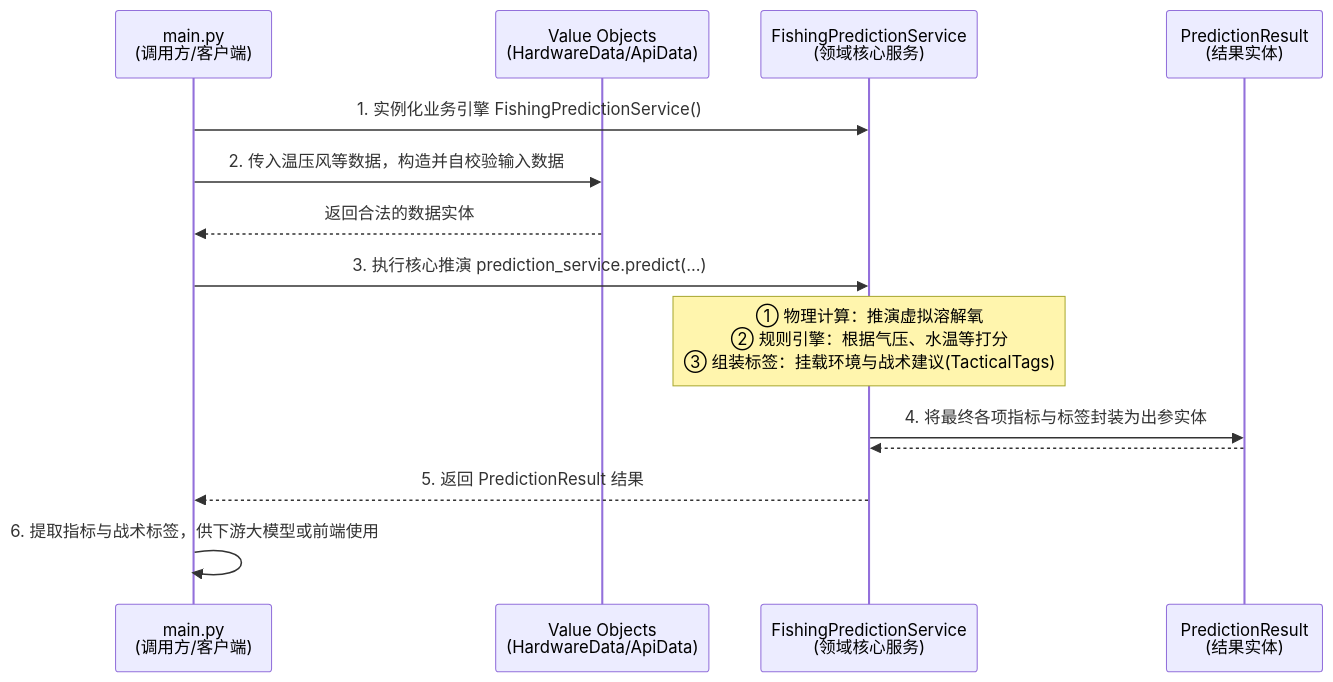
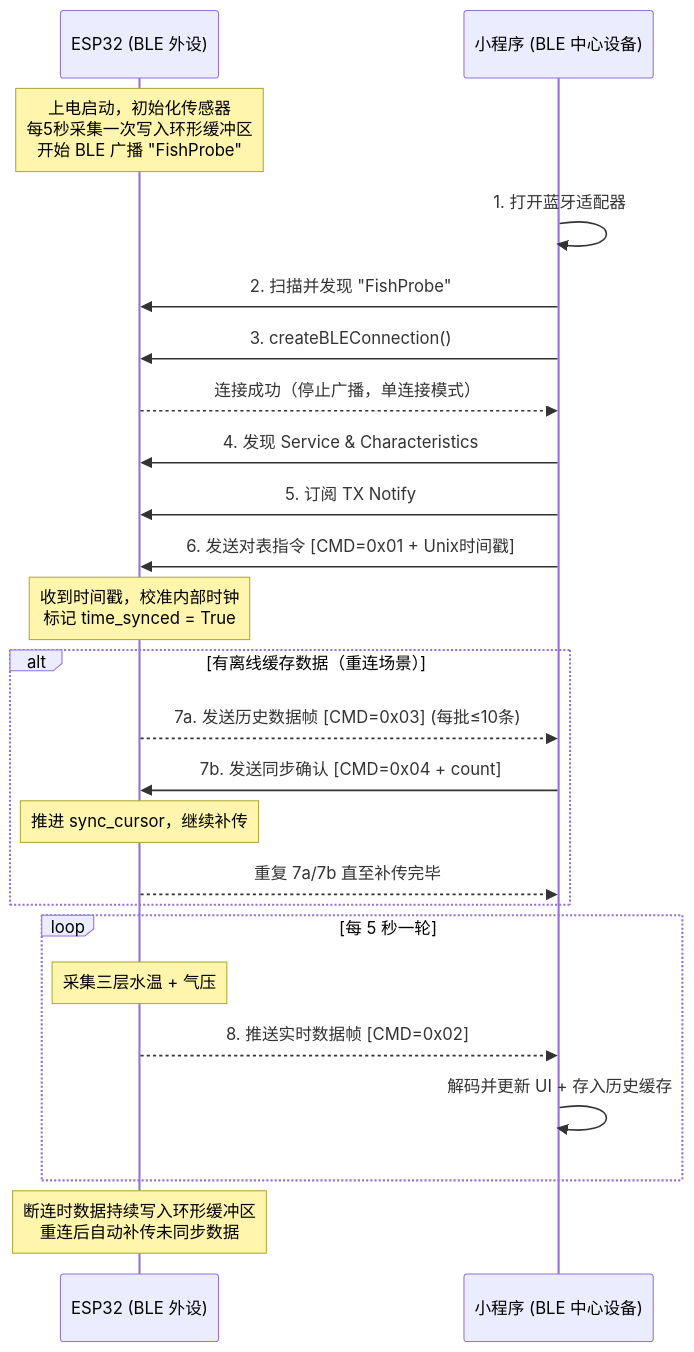
Before and after one commit to 19348729/diaoyu: the second of 5 diagrams in README.md, drawn with Mermaid. The commit also changed other lines of this file and 9 other files, not shown here.

````diff
--- a/README.md
+++ b/README.md
@@ -80,17 +111,32 @@
 ```mermaid
 sequenceDiagram
-    participant Main as main.py<br>(调用方/客户端)
-    participant VO as Value Objects<br>(HardwareData/ApiData)
-    participant Service as FishingPredictionService<br>(领域核心服务)
-    participant Result as PredictionResult<br>(结果实体)
+    participant ESP as ESP32 (BLE 外设)
+    participant MP as 小程序 (BLE 中心设备)
 
-    Main->>Service: 1. 实例化业务引擎 FishingPredictionService()
-    Main->>VO: 2. 传入温压风等数据，构造并自校验输入数据
-    VO-->>Main: 返回合法的数据实体
-    Main->>Service: 3. 执行核心推演 prediction_service.predict(...)
-    Note over Service: ① 物理计算：推演虚拟溶解氧<br/>② 规则引擎：根据气压、水温等打分<br/>③ 组装标签：挂载环境与战术建议(TacticalTags)
-    Service->>Result: 4. 将最终各项指标与标签封装为出参实体
-    Result-->>Service: 
-    Service-->>Main: 5. 返回 PredictionResult 结果
-    Main->>Main: 6. 提取指标与战术标签，供下游大模型或前端使用
+    Note over ESP: 上电启动，初始化传感器<br/>每5秒采集一次写入环形缓冲区<br/>开始 BLE 广播 "FishProbe"
+
+    MP->>MP: 1. 打开蓝牙适配器
+    MP->>ESP: 2. 扫描并发现 "FishProbe"
+    MP->>ESP: 3. createBLEConnection()
+    ESP-->>MP: 连接成功（停止广播，单连接模式）
+
+    MP->>ESP: 4. 发现 Service & Characteristics
+    MP->>ESP: 5. 订阅 TX Notify
+    MP->>ESP: 6. 发送对表指令 [CMD=0x01 + Unix时间戳]
+    Note over ESP: 收到时间戳，校准内部时钟<br/>标记 time_synced = True
+
+    alt 有离线缓存数据（重连场景）
+        ESP-->>MP: 7a. 发送历史数据帧 [CMD=0x03] (每批≤10条)
+        MP->>ESP: 7b. 发送同步确认 [CMD=0x04 + count]
+        Note over ESP: 推进 sync_cursor，继续补传
+        ESP-->>MP: 重复 7a/7b 直至补传完毕
+    end
+
+    loop 每 5 秒一轮
+        Note over ESP: 采集三层水温 + 气压
+        ESP-->>MP: 8. 推送实时数据帧 [CMD=0x02]
+        MP->>MP: 解码并更新 UI + 存入历史缓存
+    end
+
+    Note over ESP: 断连时数据持续写入环形缓冲区<br/>重连后自动补传未同步数据
 ```
````
